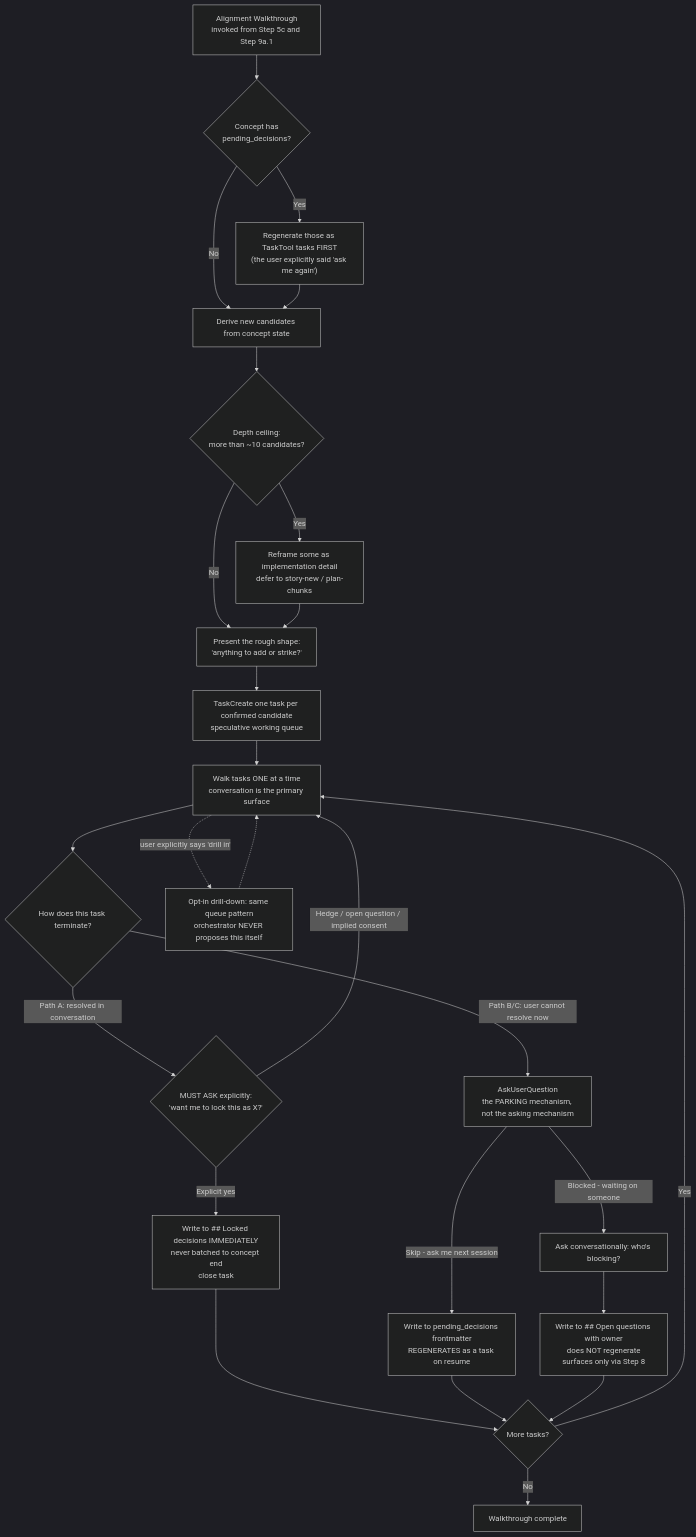
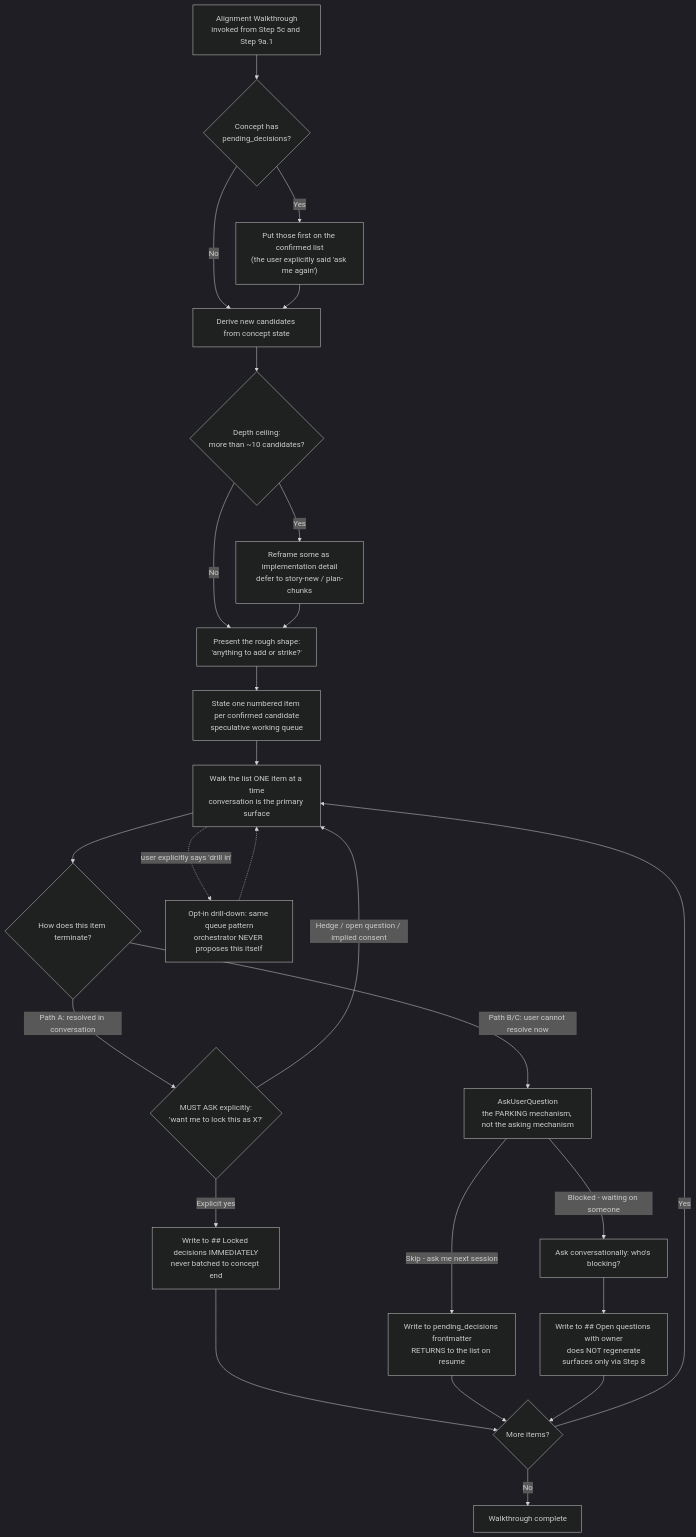
Before and after one commit to drobins25/craft: diagram 14 of 16 in docs/decision-tree.md, drawn with Mermaid. The commit also changed other lines of this file and 16 other files, not shown here.

````diff
--- a/docs/decision-tree.md
+++ b/docs/decision-tree.md
@@ -661,35 +661,35 @@
 ```mermaid
 %%{init: {'theme': 'dark'}}%%
 flowchart TD
     AW["Alignment Walkthrough<br/>invoked from Step 5c and Step 9a.1"] --> RESUME{"Concept has<br/>pending_decisions?"}
-    RESUME -->|Yes| REGEN["Regenerate those as TaskTool tasks FIRST<br/>(the user explicitly said 'ask me again')"]
+    RESUME -->|Yes| REGEN["Put those first on the confirmed list<br/>(the user explicitly said 'ask me again')"]
     RESUME -->|No| DERIVE
     REGEN --> DERIVE["Derive new candidates from concept state"]
 
     DERIVE --> CEILING{"Depth ceiling:<br/>more than ~10 candidates?"}
     CEILING -->|Yes| REFRAME["Reframe some as implementation detail<br/>defer to story-new / plan-chunks"]
     CEILING -->|No| SHAPE
     REFRAME --> SHAPE["Present the rough shape:<br/>'anything to add or strike?'"]
-    SHAPE --> QUEUE["TaskCreate one task per confirmed candidate<br/>speculative working queue"]
+    SHAPE --> QUEUE["State one numbered item per confirmed candidate<br/>speculative working queue"]
 
-    QUEUE --> WALK["Walk tasks ONE at a time<br/>conversation is the primary surface"]
-    WALK --> TERM{"How does this task terminate?"}
+    QUEUE --> WALK["Walk the list ONE item at a time<br/>conversation is the primary surface"]
+    WALK --> TERM{"How does this item terminate?"}
 
     TERM -->|"Path A: resolved in conversation"| ASK_LOCK{"MUST ASK explicitly:<br/>'want me to lock this as X?'"}
     ASK_LOCK -->|"Hedge / open question / implied consent"| WALK
-    ASK_LOCK -->|"Explicit yes"| LOCK["Write to ## Locked decisions IMMEDIATELY<br/>never batched to concept end<br/>close task"]
+    ASK_LOCK -->|"Explicit yes"| LOCK["Write to ## Locked decisions IMMEDIATELY<br/>never batched to concept end"]
 
     TERM -->|"Path B/C: user cannot resolve now"| PARK["AskUserQuestion<br/>the PARKING mechanism, not the asking mechanism"]
-    PARK -->|"Skip - ask me next session"| DEFER["Write to pending_decisions frontmatter<br/>REGENERATES as a task on resume"]
+    PARK -->|"Skip - ask me next session"| DEFER["Write to pending_decisions frontmatter<br/>RETURNS to the list on resume"]
     PARK -->|"Blocked - waiting on someone"| OWNER["Ask conversationally: who's blocking?"]
     OWNER --> BLOCKED["Write to ## Open questions with owner<br/>does NOT regenerate<br/>surfaces only via Step 8"]
 
-    LOCK --> NEXT{"More tasks?"}
+    LOCK --> NEXT{"More items?"}
     DEFER --> NEXT
     BLOCKED --> NEXT
     NEXT -->|Yes| WALK
     NEXT -->|No| FIN["Walkthrough complete"]
 
     WALK -.->|"user explicitly says 'drill in'"| DRILL["Opt-in drill-down: same queue pattern<br/>orchestrator NEVER proposes this itself"]
     DRILL -.-> WALK
 ```
````
